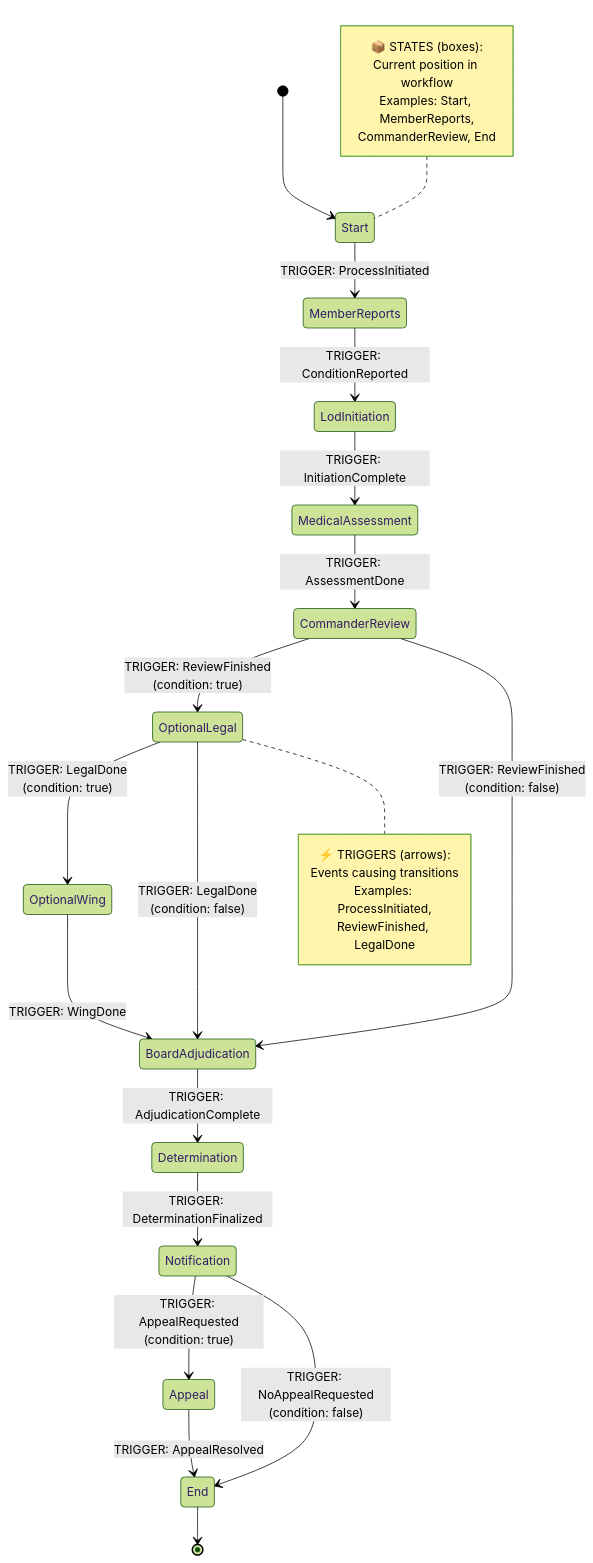
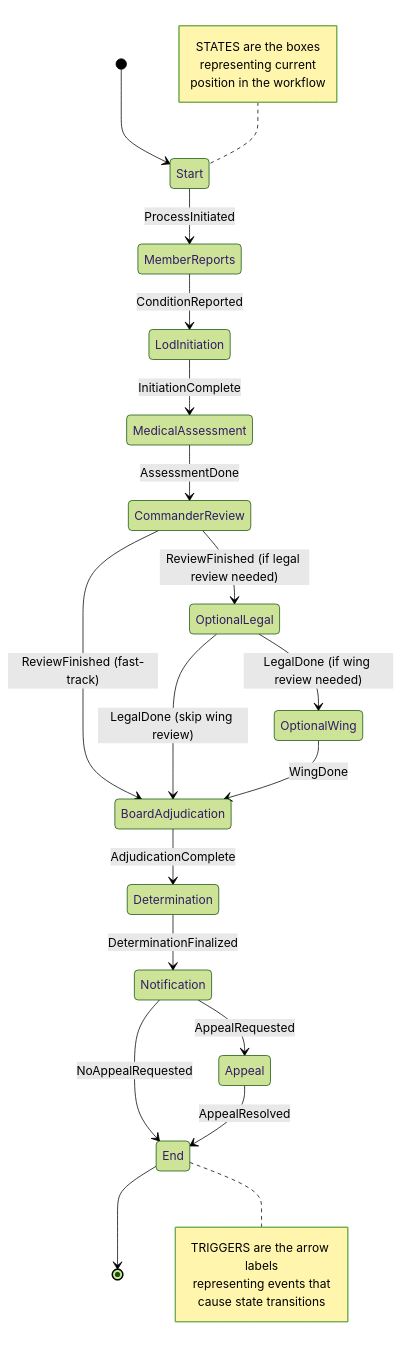
Before and after one commit to donellmccoy/StateMachineExperiments: the diagram in README.md, drawn with Mermaid (forest theme). The commit also changed other lines of this file, not shown here.

Commit message:
Fix Mermaid diagram syntax error

````diff
--- a/README.md
+++ b/README.md
@@ -25,33 +25,37 @@
 ```mermaid
 stateDiagram-v2
     [*] --> Start
-    Start --> MemberReports: TRIGGER: ProcessInitiated
-    MemberReports --> LodInitiation: TRIGGER: ConditionReported
-    LodInitiation --> MedicalAssessment: TRIGGER: InitiationComplete
-    MedicalAssessment --> CommanderReview: TRIGGER: AssessmentDone
+    Start --> MemberReports: ProcessInitiated
+    MemberReports --> LodInitiation: ConditionReported
+    LodInitiation --> MedicalAssessment: InitiationComplete
+    MedicalAssessment --> CommanderReview: AssessmentDone
     
-    CommanderReview --> OptionalLegal: TRIGGER: ReviewFinished<br/>(condition: true)
-    CommanderReview --> BoardAdjudication: TRIGGER: ReviewFinished<br/>(condition: false)
+    CommanderReview --> OptionalLegal: ReviewFinished (if legal review needed)
+    CommanderReview --> BoardAdjudication: ReviewFinished (fast-track)
     
-    OptionalLegal --> OptionalWing: TRIGGER: LegalDone<br/>(condition: true)
-    OptionalLegal --> BoardAdjudication: TRIGGER: LegalDone<br/>(condition: false)
+    OptionalLegal --> OptionalWing: LegalDone (if wing review needed)
+    OptionalLegal --> BoardAdjudication: LegalDone (skip wing review)
     
-    OptionalWing --> BoardAdjudication: TRIGGER: WingDone
+    OptionalWing --> BoardAdjudication: WingDone
     
-    BoardAdjudication --> Determination: TRIGGER: AdjudicationComplete
-    Determination --> Notification: TRIGGER: DeterminationFinalized
+    BoardAdjudication --> Determination: AdjudicationComplete
+    Determination --> Notification: DeterminationFinalized
     
-    Notification --> Appeal: TRIGGER: AppealRequested<br/>(condition: true)
-    Notification --> End: TRIGGER: NoAppealRequested<br/>(condition: false)
+    Notification --> Appeal: AppealRequested
+    Notification --> End: NoAppealRequested
     
-    Appeal --> End: TRIGGER: AppealResolved
+    Appeal --> End: AppealResolved
     End --> [*]
     
     note left of Start
-        📦 STATES (boxes):<br/>Current position in workflow<br/>Examples: Start, MemberReports,<br/>CommanderReview, End
+        STATES are the boxes
+        representing current
+        position in the workflow
     end note
     
-    note right of OptionalLegal
-        ⚡ TRIGGERS (arrows):<br/>Events causing transitions<br/>Examples: ProcessInitiated,<br/>ReviewFinished, LegalDone
+    note right of End
+        TRIGGERS are the arrow labels
+        representing events that
+        cause state transitions
     end note
 ```
````
